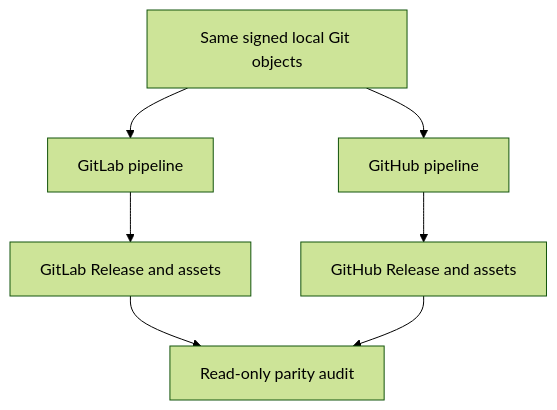
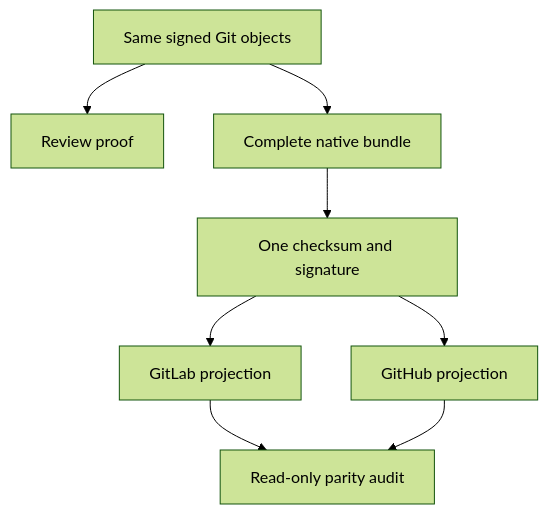
The second of 2 diagrams in docs/governance/release-and-change-policy.md (HengYangDS/codex-responses-proxy), drawn with Mermaid (forest theme) before and after one commit. The commit also changed other lines of this file and 27 other files, not shown here.

````diff
--- a/docs/governance/release-and-change-policy.md
+++ b/docs/governance/release-and-change-policy.md
@@ -98,9 +98,10 @@
 ```mermaid
 flowchart TD
-    S["Same signed local Git objects"] --> GL["GitLab pipeline"]
-    S --> GH["GitHub pipeline"]
-    GL --> E["GitLab Release and assets"]
-    GH --> H["GitHub Release and assets"]
-    E --> A["Read-only parity audit"]
-    H --> A
+    S["Same signed Git objects"] --> P["Review proof"]
+    S --> B["Complete native bundle"]
+    B --> G["One checksum and signature"]
+    G --> GL["GitLab projection"]
+    G --> GH["GitHub projection"]
+    GL --> A["Read-only parity audit"]
+    GH --> A
 ```
````
